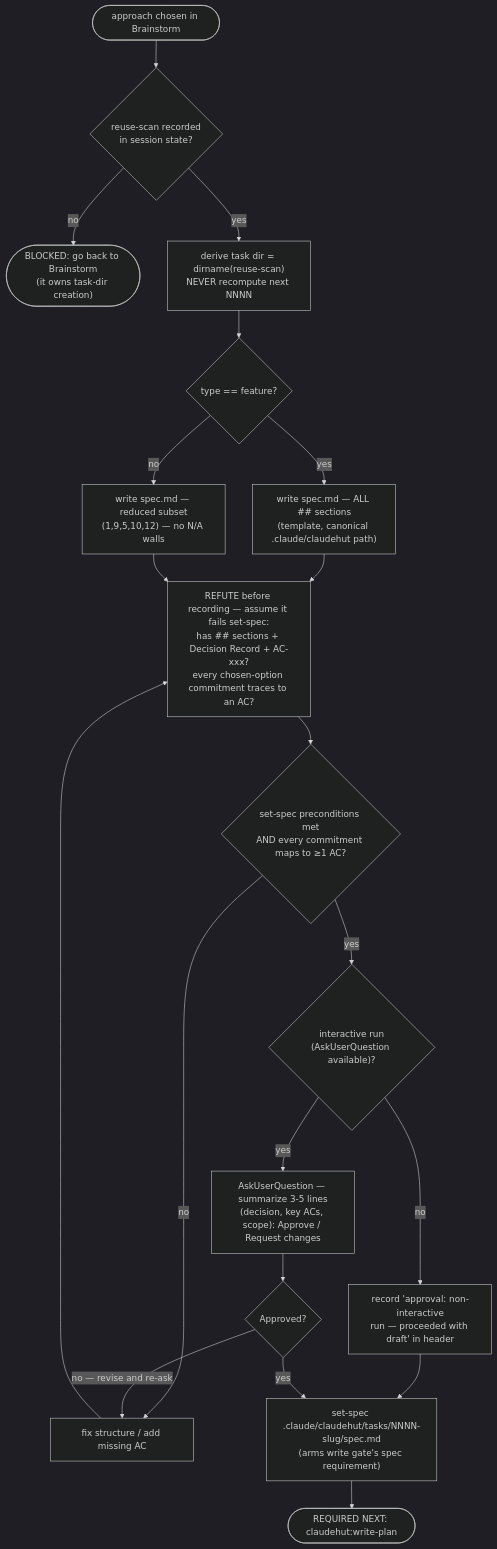
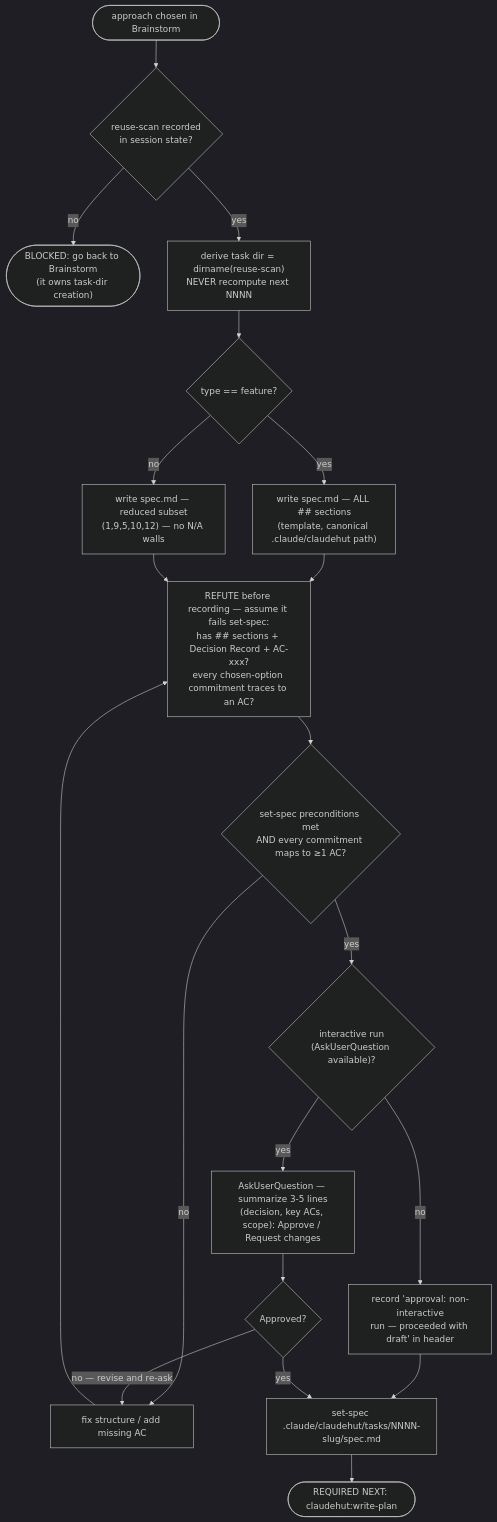
The diagram in skills/write-spec/SKILL.md (taipt1504/claudehut), drawn with Mermaid (dark theme) before and after one commit. The commit also changed other lines of this file and 75 other files, not shown here.

````diff
--- a/skills/write-spec/SKILL.md
+++ b/skills/write-spec/SKILL.md
@@ -13,22 +13,22 @@
 ```mermaid
 flowchart TB
   start(["approach chosen in Brainstorm"]) --> dir{"reuse-scan recorded<br/>in session state?"}
   dir -- "no" --> back(["BLOCKED: go back to Brainstorm<br/>(it owns task-dir creation)"])
   dir -- "yes" --> derive["derive task dir = dirname(reuse-scan)<br/>NEVER recompute next NNNN"]
   derive --> size{"type == feature?"}
   size -- "yes" --> full["write spec.md — ALL ## sections<br/>(template, canonical .claude/claudehut path)"]
   size -- "no" --> red["write spec.md — reduced subset<br/>(1,9,5,10,12) — no N/A walls"]
   full --> crit["REFUTE before recording — assume it fails set-spec:<br/>has ## sections + Decision Record + AC-xxx?<br/>every chosen-option commitment traces to an AC?"]
   red --> crit
   crit --> gate{"set-spec preconditions met<br/>AND every commitment maps to ≥1 AC?"}
   gate -- "no" --> fix["fix structure / add missing AC"]
   fix --> crit
   gate -- "yes" --> mode{"interactive run<br/>(AskUserQuestion available)?"}
   mode -- "no" --> nonint["record 'approval: non-interactive<br/>run — proceeded with draft' in header"]
   nonint --> record
   mode -- "yes" --> ask["AskUserQuestion — summarize 3-5 lines<br/>(decision, key ACs, scope): Approve / Request changes"]
   ask --> verdict{"Approved?"}
   verdict -- "no — revise and re-ask" --> fix
-  verdict -- "yes" --> record["set-spec .claude/claudehut/tasks/NNNN-slug/spec.md<br/>(arms write gate's spec requirement)"]
+  verdict -- "yes" --> record["set-spec .claude/claudehut/tasks/NNNN-slug/spec.md"]
   record --> done(["REQUIRED NEXT: claudehut:write-plan"])
 ```
````
